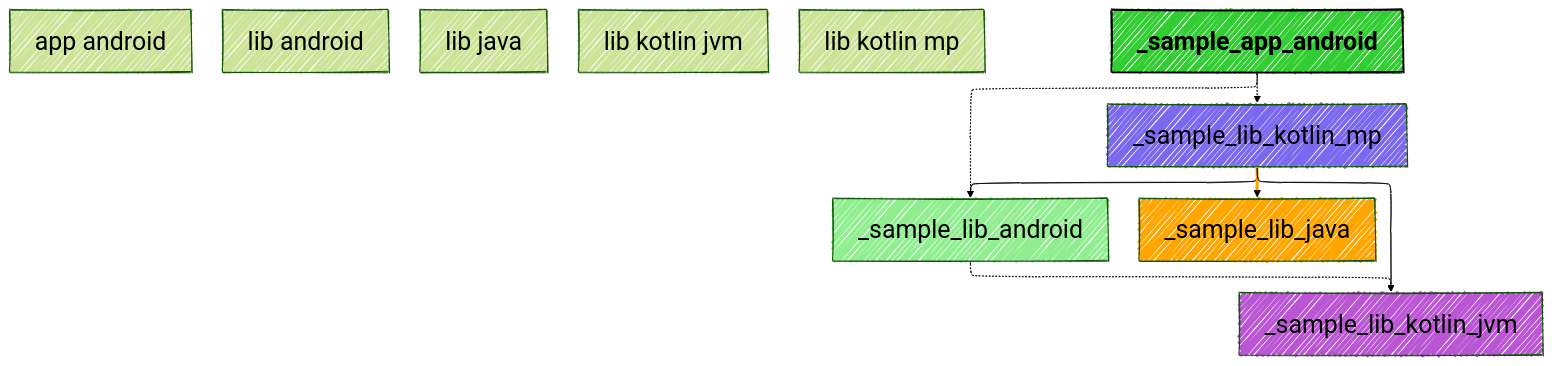
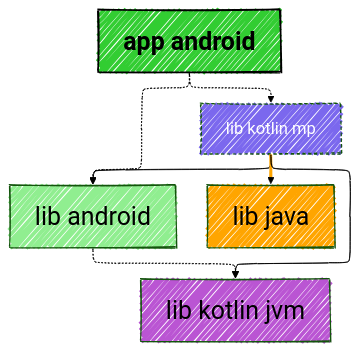
Before and after one commit to jonapoul/atlas: the diagram in samples/sample-mermaid/sample-app-android/modular/chart.mmd, drawn with Mermaid. The commit also changed 21 other files, not shown here.

Commit message:
Fix `MermaidWriter` (#256)

```diff
--- a/samples/sample-mermaid/sample-app-android/modular/chart.mmd
+++ b/samples/sample-mermaid/sample-app-android/modular/chart.mmd
@@ -1,39 +1,39 @@
 ---
 config:
   layout: elk
   look: handDrawn
   theme: forest
   elk:
     mergeEdges: true
     forceNodeModelOrder: true
     nodePlacementStrategy: LINEAR_SEGMENTS
     cycleBreakingStrategy: INTERACTIVE
     considerModelOrder: PREFER_EDGES
   themeVariables:
     background: #FFF
     fontFamily: arial
     lineColor: #55FF55
     primaryBorderColor: #FF5555
     primaryColor: #ABC123
     darkMode: true
     fontSize: 30px
     defaultLinkColor: #5555FF
 ---
 graph TD
   app_android["app android"]
   lib_android["lib android"]
   lib_java["lib java"]
   lib_kotlin_jvm["lib kotlin jvm"]
   lib_kotlin_mp["lib kotlin mp"]
-  style _sample_app_android fill:limegreen,color:black,font-weight:bold,stroke:black,stroke-width:2px
-  style _sample_lib_android fill:lightgreen,color:black
-  style _sample_lib_java fill:orange,color:black
-  style _sample_lib_kotlin_jvm fill:mediumorchid,color:black
-  style _sample_lib_kotlin_mp fill:mediumslateblue,color:black
-  _sample_app_android -.-> _sample_lib_android
-  _sample_app_android -.-> _sample_lib_kotlin_mp
-  _sample_lib_android -.-> _sample_lib_kotlin_jvm
-  _sample_lib_kotlin_mp --> _sample_lib_android
-  _sample_lib_kotlin_mp ==> _sample_lib_java
+  style app_android fill:limegreen,font-weight:bold,stroke:black,stroke-width:2px,fillcolor:limegreen
+  style lib_android fill:lightgreen,fillcolor:lightgreen
+  style lib_java fill:orange,fillcolor:orange
+  style lib_kotlin_jvm fill:mediumorchid,fillcolor:mediumorchid
+  style lib_kotlin_mp fill:mediumslateblue,color:white,stroke-dasharray:4 3 2 1,font-size:20px,fillcolor:mediumslateblue
+  app_android -.-> lib_android
+  app_android -.-> lib_kotlin_mp
+  lib_android -.-> lib_kotlin_jvm
+  lib_kotlin_mp --> lib_android
+  lib_kotlin_mp ==> lib_java
   linkStyle 4 stroke:orange
-  _sample_lib_kotlin_mp --> _sample_lib_kotlin_jvm
+  lib_kotlin_mp --> lib_kotlin_jvm
```
